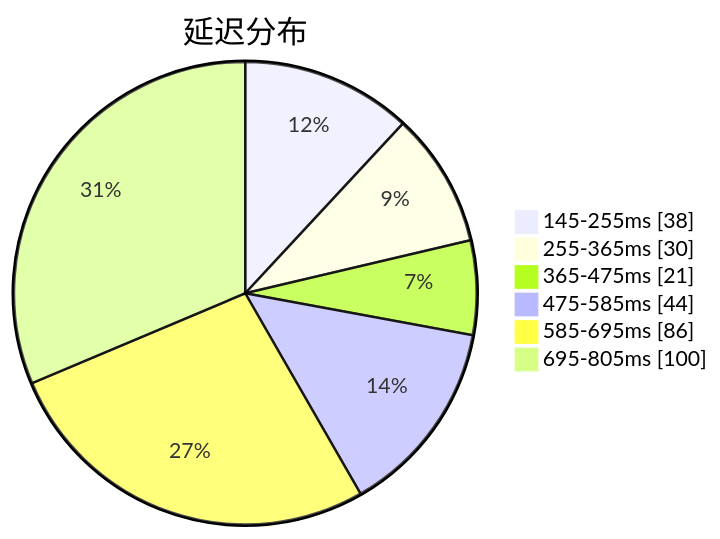
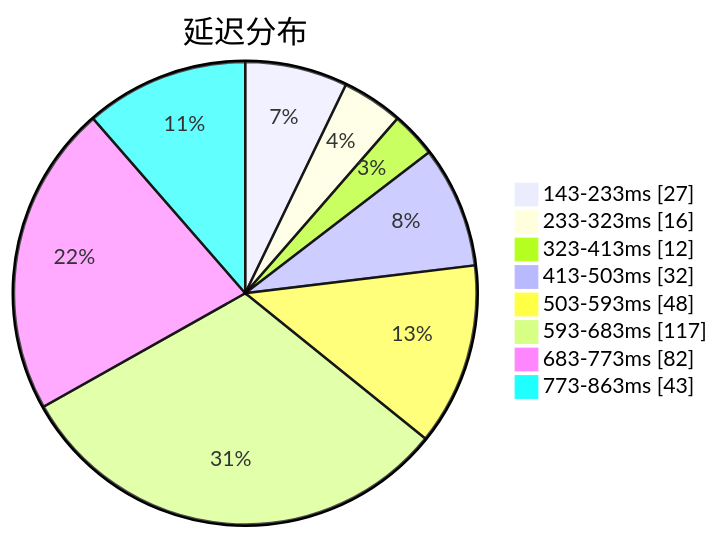
One commit to qjlxg/airport changed the first of 3 diagrams in subs/statistics/tested_within.md. Above: the diagram before and after it, drawn with Mermaid. The commit also changed other lines of this file and 2 other files, not shown here.

Commit message:
Tested by metaST

````diff
--- a/subs/statistics/tested_within.md
+++ b/subs/statistics/tested_within.md
@@ -2,10 +2,12 @@
 ```mermaid
 pie showData
 title 延迟分布
-"145-255ms" : 38
-"255-365ms" : 30
-"365-475ms" : 21
-"475-585ms" : 44
-"585-695ms" : 86
-"695-805ms" : 100
+"143-233ms" : 27
+"233-323ms" : 16
+"323-413ms" : 12
+"413-503ms" : 32
+"503-593ms" : 48
+"593-683ms" : 117
+"683-773ms" : 82
+"773-863ms" : 43
 ```
````
